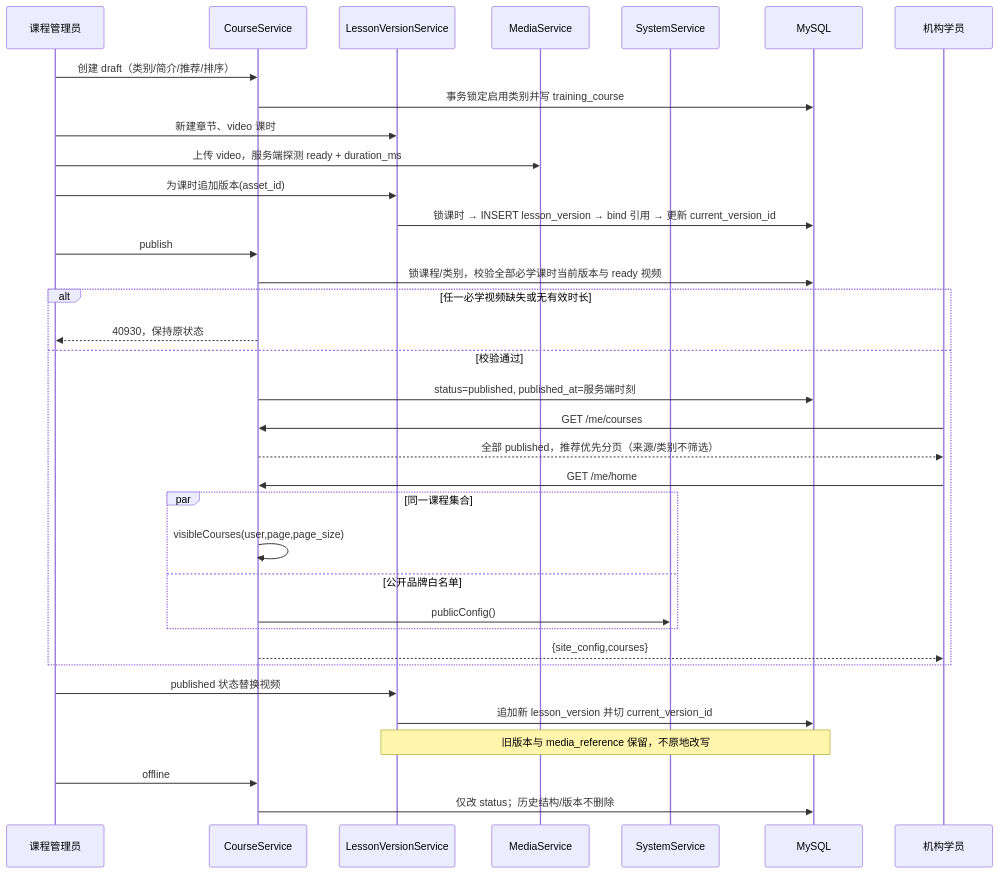
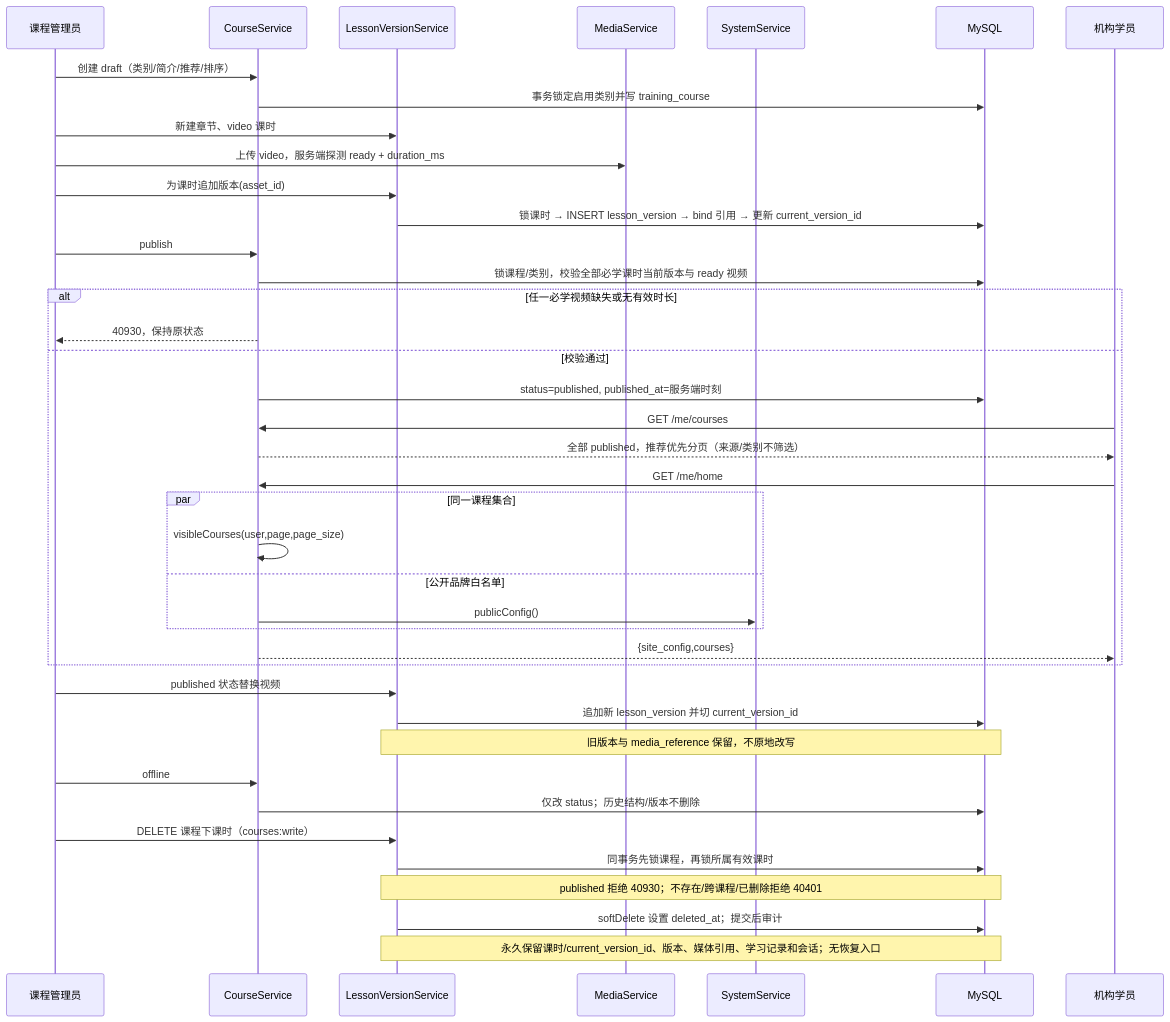
Before and after one commit to caoguanjie/emodor-exam: the third of 23 diagrams in docs/design/06-关键流程.md, drawn with Mermaid. The commit also changed other lines of this file and 36 other files, not shown here.

````diff
--- a/docs/design/06-关键流程.md
+++ b/docs/design/06-关键流程.md
@@ -188,38 +188,43 @@
 ```mermaid
 sequenceDiagram
     participant Admin as 课程管理员
     participant Course as CourseService
     participant Version as LessonVersionService
     participant Media as MediaService
     participant System as SystemService
     participant DB as MySQL
     participant Learner as 机构学员
 
     Admin->>Course: 创建 draft（类别/简介/推荐/排序）
     Course->>DB: 事务锁定启用类别并写 training_course
     Admin->>Version: 新建章节、video 课时
     Admin->>Media: 上传 video，服务端探测 ready + duration_ms
     Admin->>Version: 为课时追加版本(asset_id)
     Version->>DB: 锁课时 → INSERT lesson_version → bind 引用 → 更新 current_version_id
     Admin->>Course: publish
     Course->>DB: 锁课程/类别，校验全部必学课时当前版本与 ready 视频
     alt 任一必学视频缺失或无有效时长
         Course-->>Admin: 40930，保持原状态
     else 校验通过
         Course->>DB: status=published, published_at=服务端时刻
         Learner->>Course: GET /me/courses
         Course-->>Learner: 全部 published，推荐优先分页（来源/类别不筛选）
         Learner->>Course: GET /me/home
         par 同一课程集合
             Course->>Course: visibleCourses(user,page,page_size)
         and 公开品牌白名单
             Course->>System: publicConfig()
         end
         Course-->>Learner: {site_config,courses}
     end
     Admin->>Version: published 状态替换视频
     Version->>DB: 追加新 lesson_version 并切 current_version_id
     Note over Version,DB: 旧版本与 media_reference 保留，不原地改写
     Admin->>Course: offline
     Course->>DB: 仅改 status；历史结构/版本不删除
+    Admin->>Version: DELETE 课程下课时（courses:write）
+    Version->>DB: 同事务先锁课程，再锁所属有效课时
+    Note over Version,DB: published 拒绝 40930；不存在/跨课程/已删除拒绝 40401
+    Version->>DB: softDelete 设置 deleted_at；提交后审计
+    Note over Version,DB: 永久保留课时/current_version_id、版本、媒体引用、学习记录和会话；无恢复入口
 ```
````
